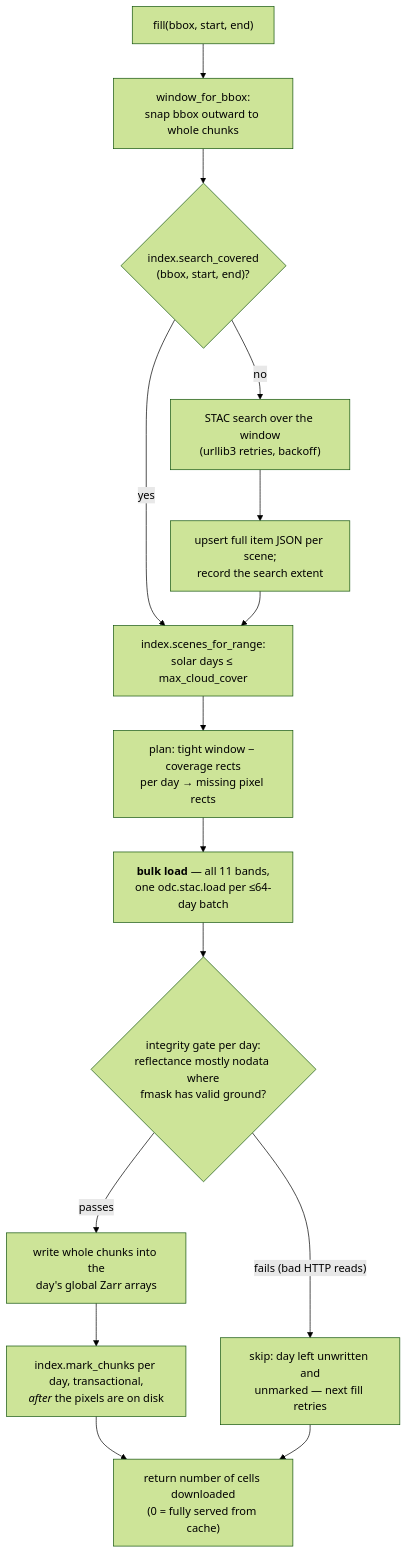
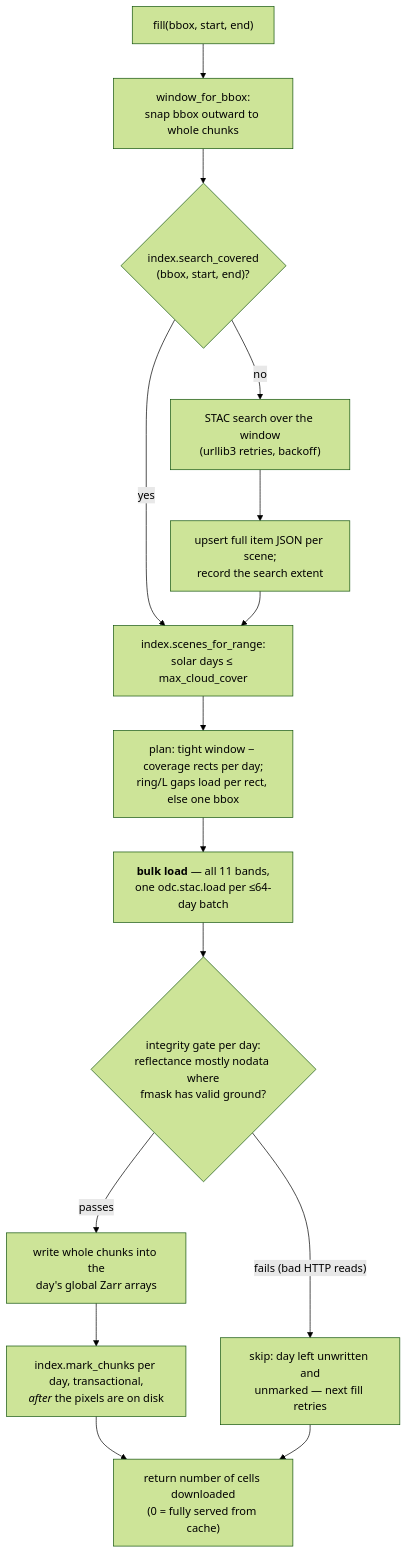
The second of 2 diagrams in docs/architecture.md (thestochasticman/pysentinel2), drawn with Mermaid (forest theme) before and after one commit. The commit also changed 2 other files, not shown here.

Commit message:
Fill downloads ring/L-shaped gaps per rect, not their bounding box
With pixel-exact coverage, a query surrounding already-covered data (a
district around a downloaded farm) has a ring-shaped missing region —
but fill loaded one bbox per day, which for a ring is the full window,
re-fetching the covered middle. _plan_day_windows now returns the
missing rects individually when they fill under 90% of their bbox (and
number at most 8), else the single bbox; fill groups work by window so
each rect's loads still batch across days, keeping the extra cost to a
few load calls per ~60-day batch. Marks are per (day, window), strictly
after the write; the integrity gate applies per load.

Threshold rationale in the docstring: loads batch across days, so an
extra rect is nearly free while the byte saving applies to every day.

Verified live (new test in the download suite): full-range fill, ledger
rewritten to interior islands, refill downloaded exactly frame_area x
n_days, repeat 0. Offline planner tests cover ring/corner/covered/
fragmented cases; all suites green.

````diff
--- a/docs/architecture.md
+++ b/docs/architecture.md
@@ -61,17 +61,17 @@
 ```mermaid
 flowchart TD
     A["fill(bbox, start, end)"] --> B["window_for_bbox:<br/>snap bbox outward to whole chunks"]
     B --> C{"index.search_covered<br/>(bbox, start, end)?"}
     C -- "no" --> D["STAC search over the window<br/>(urllib3 retries, backoff)"]
     D --> E["upsert full item JSON per scene;<br/>record the search extent"]
     C -- "yes" --> F["index.scenes_for_range:<br/>solar days ≤ max_cloud_cover"]
     E --> F
-    F --> G["plan: tight window − coverage rects<br/>per day → missing pixel rects"]
+    F --> G["plan: tight window − coverage rects per day;<br/>ring/L gaps load per rect, else one bbox"]
     G --> H["<b>bulk load</b> — all 11 bands,<br/>one odc.stac.load per ≤64-day batch"]
     H --> I{"integrity gate per day:<br/>reflectance mostly nodata where<br/>fmask has valid ground?"}
     I -- "fails (bad HTTP reads)" --> J["skip: day left unwritten and<br/>unmarked — next fill retries"]
     I -- "passes" --> K["write whole chunks into the<br/>day's global Zarr arrays"]
     K --> L["index.mark_chunks per day, transactional,<br/><i>after</i> the pixels are on disk"]
     L --> M["return number of cells downloaded<br/>(0 = fully served from cache)"]
     J --> M
 ```
````
